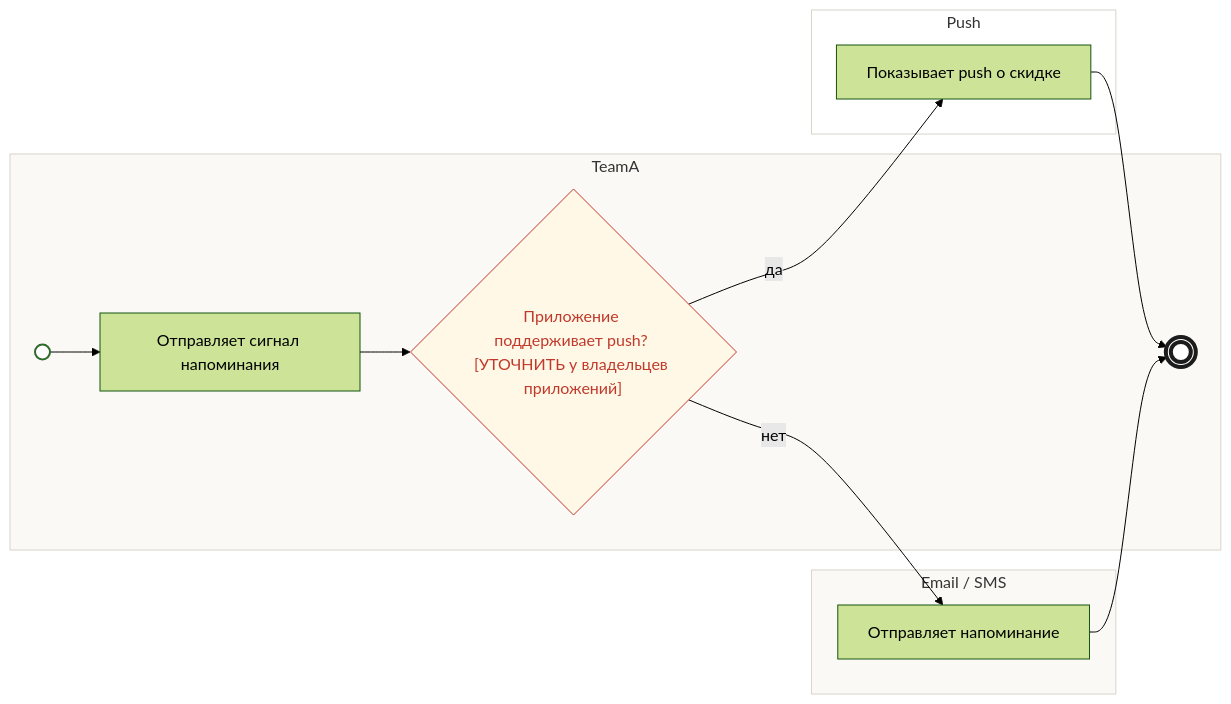
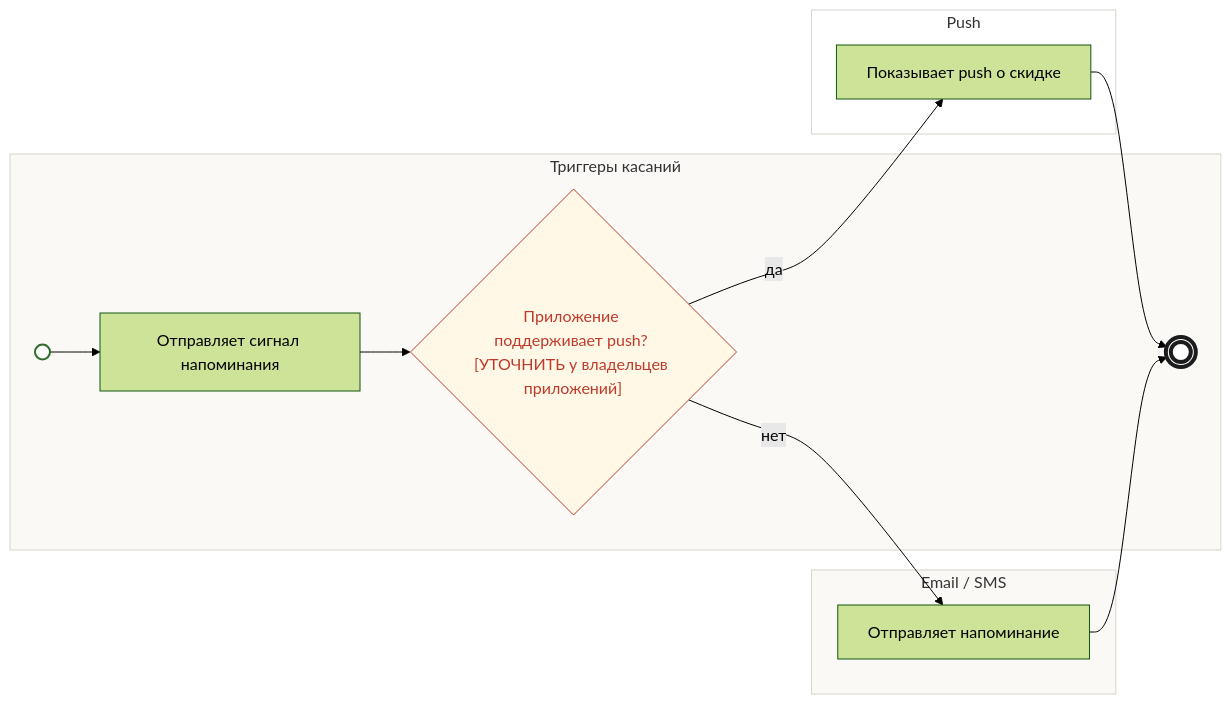
The diagram in skills/bft-blueprint/examples/dineclub-restart-blueprint/backlog/tasks/bp-14.1 - Email-и-SMS-push-—-если-канал-есть.md (po-helper-org/poh-blueprint-writer), drawn with Mermaid (forest theme) before and after one commit. The commit also changed other lines of this file and 32 other files, not shown here.

````diff
--- a/skills/bft-blueprint/examples/dineclub-restart-blueprint/backlog/tasks/bp-14.1 - Email-и-SMS-push-—-если-канал-есть.md
+++ b/skills/bft-blueprint/examples/dineclub-restart-blueprint/backlog/tasks/bp-14.1 - Email-и-SMS-push-—-если-канал-есть.md
@@ -37,32 +37,32 @@
 ```mermaid
 flowchart LR
-  subgraph L1["TeamA"]
+  subgraph L1["Триггеры касаний"]
     S((" "))
     N1["Отправляет сигнал напоминания"]
     G2{"Приложение поддерживает push? [УТОЧНИТЬ у владельцев приложений]"}
     E(((" ")))
   end
   subgraph L2["Push"]
     N3["Показывает push о скидке"]
   end
   subgraph L3["Email / SMS"]
     N4["Отправляет напоминание"]
   end
   S --> N1
   N1 --> G2
   G2 -- да --> N3
   G2 -- нет --> N4
   N3 --> E
   N4 --> E
   classDef start fill:#fff,stroke:#2f6b2a,stroke-width:2px
   classDef stop fill:#fff,stroke:#1c1c1c,stroke-width:4px
   classDef gw fill:#fff8e6,stroke:#b7791f
   classDef ask color:#c0392b,stroke:#c0392b
   class S start
   class E stop
   class G2 gw
   class G2 ask
   style L1 fill:#faf9f6,stroke:#d8d4cb
   style L2 fill:#ffffff,stroke:#d8d4cb
   style L3 fill:#faf9f6,stroke:#d8d4cb
 ```
````
